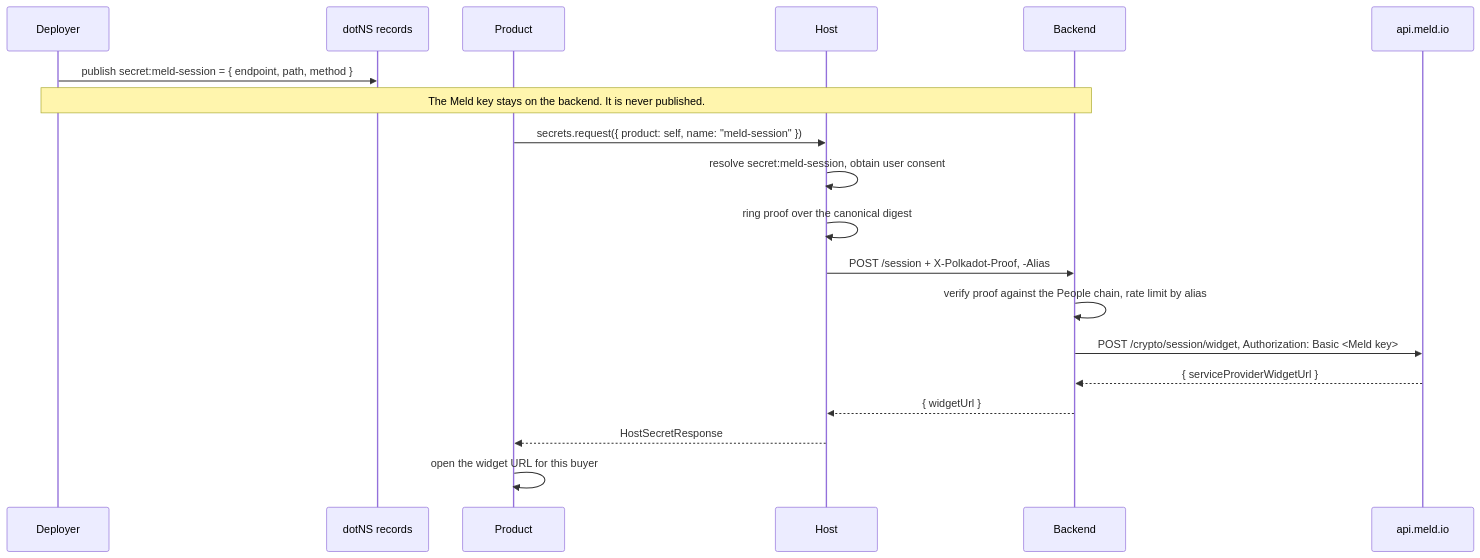
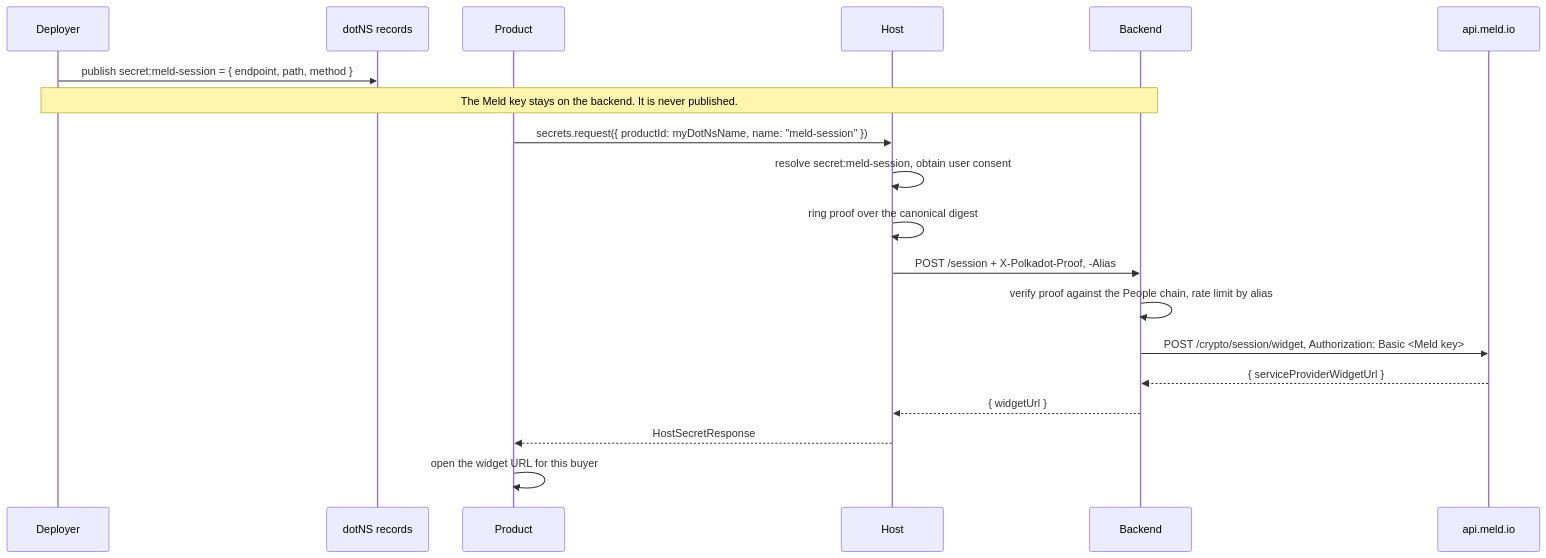
The diagram in docs/rfcs/0025-secrets.md (paritytech/host-rust-core), drawn with Mermaid before and after one commit. The commit also changed other lines of this file and 3 other files, not shown here.

````diff
--- a/docs/rfcs/0025-secrets.md
+++ b/docs/rfcs/0025-secrets.md
@@ -208,23 +219,23 @@
 ```mermaid
 sequenceDiagram
   participant D as Deployer
   participant N as dotNS records
   participant P as Product
   participant H as Host
   participant S as Backend
   participant M as api.meld.io
 
   D->>N: publish secret:meld-session = { endpoint, path, method }
   Note over D,S: The Meld key stays on the backend. It is never published.
 
-  P->>H: secrets.request({ product: self, name: "meld-session" })
+  P->>H: secrets.request({ productId: myDotNsName, name: "meld-session" })
   H->>H: resolve secret:meld-session, obtain user consent
   H->>H: ring proof over the canonical digest
   H->>S: POST /session + X-Polkadot-Proof, -Alias
   S->>S: verify proof against the People chain, rate limit by alias
   S->>M: POST /crypto/session/widget, Authorization: Basic <Meld key>
   M-->>S: { serviceProviderWidgetUrl }
   S-->>H: { widgetUrl }
   H-->>P: HostSecretResponse
   P->>P: open the widget URL for this buyer
 ```
````
